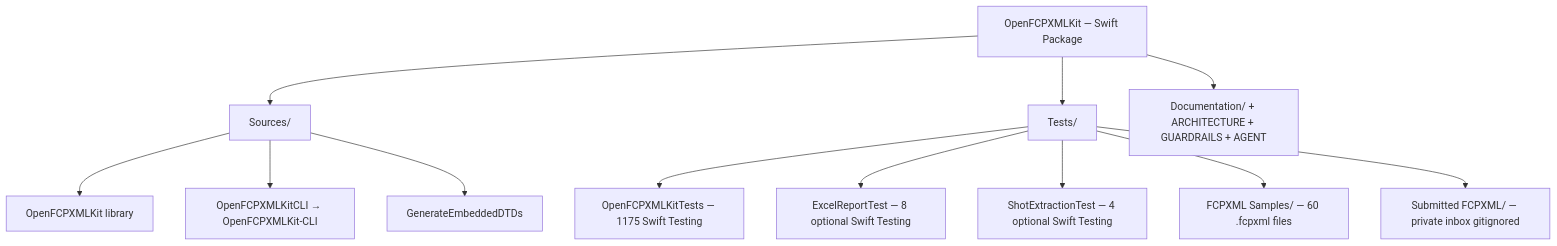
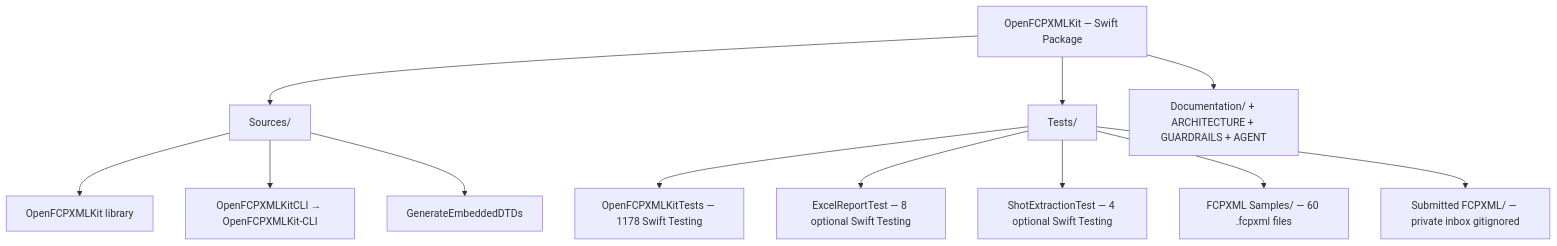
Before and after one commit to TheAcharya/OpenFCPXMLKit: the first of 6 diagrams in ARCHITECTURE.md, drawn with Mermaid. The commit also changed other lines of this file and 41 other files, not shown here.

````diff
--- a/ARCHITECTURE.md
+++ b/ARCHITECTURE.md
@@ -216,18 +217,18 @@
 ```mermaid
 flowchart TB
     Pkg["OpenFCPXMLKit — Swift Package"]
 
     Pkg --> SRC["Sources/"]
     Pkg --> TST["Tests/"]
     Pkg --> DOC["Documentation/ + ARCHITECTURE + GUARDRAILS + AGENT"]
 
     SRC --> LIB["OpenFCPXMLKit library"]
     SRC --> CLI["OpenFCPXMLKitCLI → OpenFCPXMLKit-CLI"]
     SRC --> GEN["GenerateEmbeddedDTDs"]
 
-    TST --> OKT["OpenFCPXMLKitTests — 1175 Swift Testing"]
+    TST --> OKT["OpenFCPXMLKitTests — 1178 Swift Testing"]
     TST --> ERT["ExcelReportTest — 8 optional Swift Testing"]
     TST --> SET["ShotExtractionTest — 4 optional Swift Testing"]
     TST --> SMP["FCPXML Samples/ — 60 .fcpxml files"]
     TST --> SUB["Submitted FCPXML/ — private inbox gitignored"]
 ```
````
